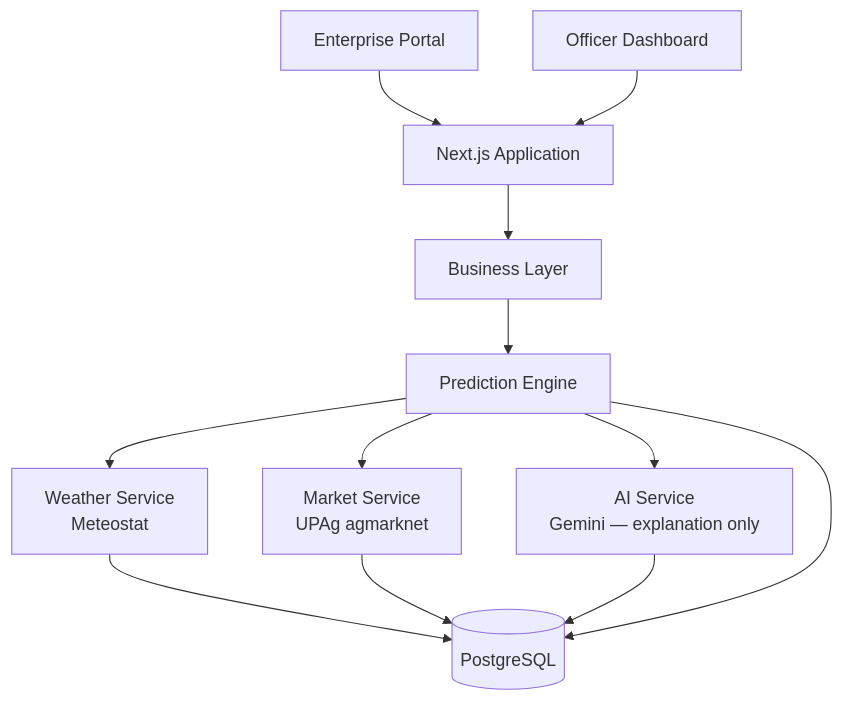
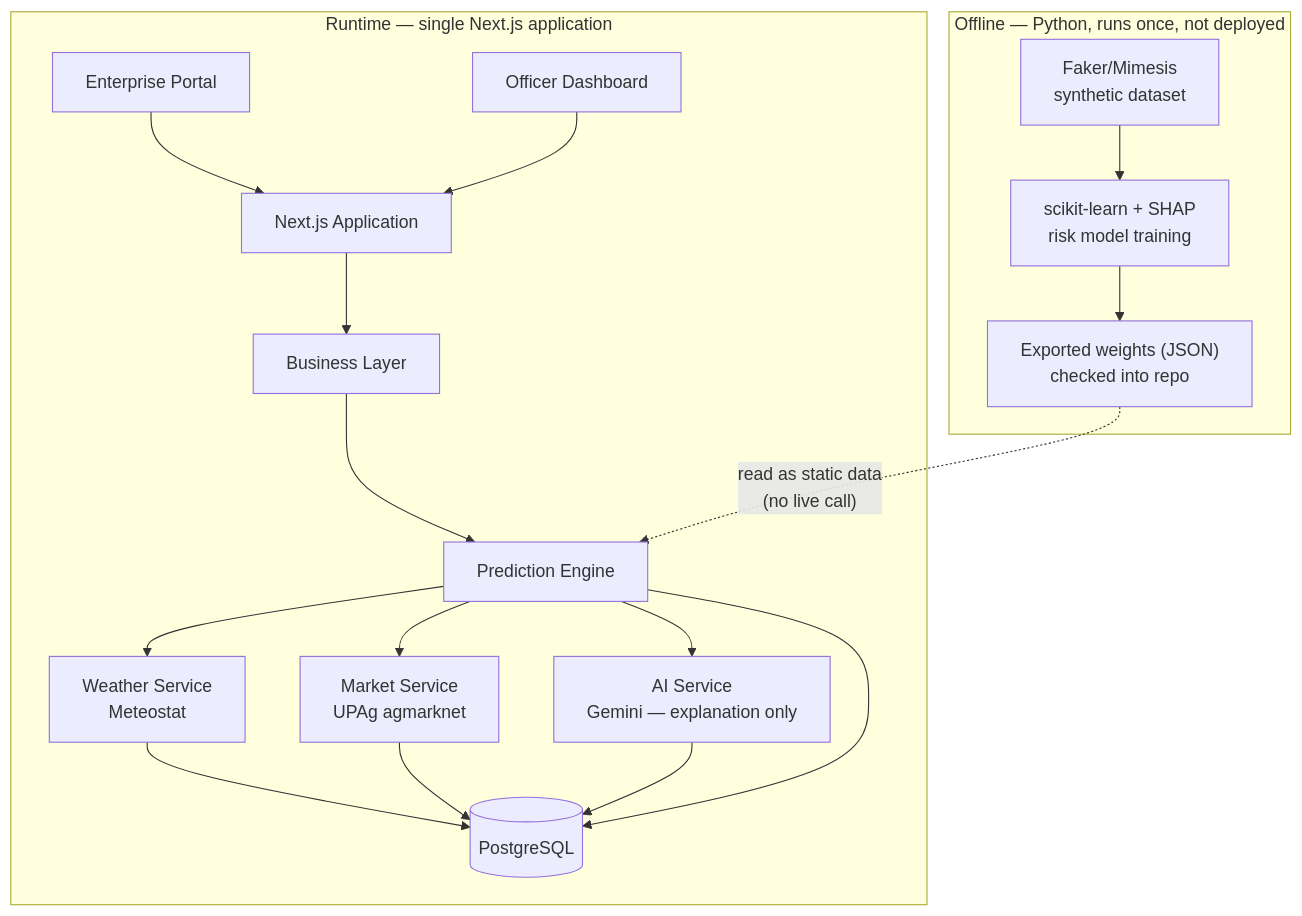
The fourth of 4 diagrams in README.md (Agnik47/Fasal-Becho), drawn with Mermaid before and after one commit. The commit also changed other lines of this file and 11 other files, not shown here.

````diff
--- a/README.md
+++ b/README.md
@@ -221,14 +233,23 @@
 ```mermaid
 flowchart TD
-    EP[Enterprise Portal] --> APP
-    OD[Officer Dashboard] --> APP
-    APP["Next.js Application"] --> BL[Business Layer]
-    BL --> PE[Prediction Engine]
-    PE --> WX["Weather Service<br/>Meteostat"]
-    PE --> MK["Market Service<br/>UPAg agmarknet"]
-    PE --> AI["AI Service<br/>Gemini — explanation only"]
-    WX --> DB[(PostgreSQL)]
-    MK --> DB
-    AI --> DB
-    PE --> DB
+    subgraph Offline["Offline — Python, runs once, not deployed"]
+        SDG["Faker/Mimesis<br/>synthetic dataset"] --> RM["scikit-learn + SHAP<br/>risk model training"]
+        RM --> ART["Exported weights (JSON)<br/>checked into repo"]
+    end
+
+    subgraph Runtime["Runtime — single Next.js application"]
+        EP[Enterprise Portal] --> APP
+        OD[Officer Dashboard] --> APP
+        APP["Next.js Application"] --> BL[Business Layer]
+        BL --> PE[Prediction Engine]
+        PE --> WX["Weather Service<br/>Meteostat"]
+        PE --> MK["Market Service<br/>UPAg agmarknet"]
+        PE --> AI["AI Service<br/>Gemini — explanation only"]
+        WX --> DB[(PostgreSQL)]
+        MK --> DB
+        AI --> DB
+        PE --> DB
+    end
+
+    ART -.->|"read as static data<br/>(no live call)"| PE
 ```
````
